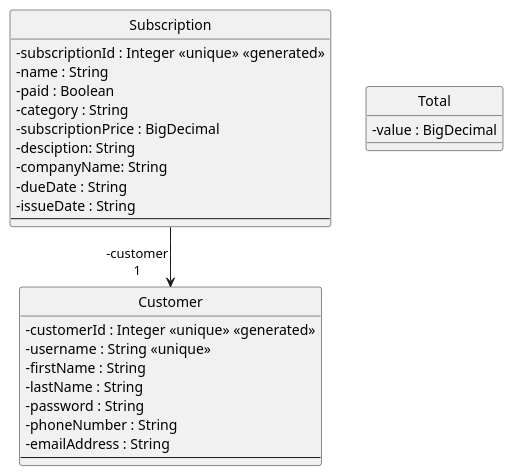
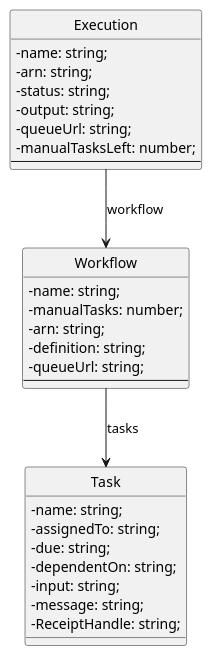
Before and after one commit to 62firelight/SubTrack: the diagram in diagrams/domainClassDiagram.puml, drawn with PlantUML. The commit also changed 2 other files, not shown here.

```diff
--- a/diagrams/domainClassDiagram.puml
+++ b/diagrams/domainClassDiagram.puml
@@ -1,57 +1,58 @@
 @startuml
 
 skinparam {
     Style strictuml
     RoundCorner 5
     ' use characters instead of icons for showing visibility
     ClassAttributeIconSize 0
     Database {
 	' the default border no longer matches the normal colours (bug?), so fix this
 	BorderColor #A80036
     }
     Sequence {
 	' make activations yellow too
 	LifeLineBackgroundColor #FDFDCD
 
 	' make stereotypes less ugly
 	Stereotype {
 		Font {
 			Size 11
 			Style plain
 		}
 	}
     }
 }
  
-class "Customer" as customer {
-    -customerId : Integer <<unique>> <<generated>>
-    -username : String <<unique>>
-    -firstName : String
-    -lastName : String
-    -password : String
-    -phoneNumber : String
-    -emailAddress : String
-    '-card_details? 
+class "Workflow" as workflow {
+    -name: string;
+    -manualTasks: number;
+    -arn: string;
+    -definition: string;
+    -queueUrl: string;
   --
 }
 
-class "Subscription" as sub {
-    -subscriptionId : Integer <<unique>> <<generated>>
-    -name : String
-    -paid : Boolean
-    -category : String
-    -subscriptionPrice : BigDecimal
-    -desciption: String
-    -companyName: String
-    -dueDate : String
-    -issueDate : String
+class "Execution" as execution {
+    -name: string;
+    -arn: string;
+    -status: string;
+    -output: string;
+    -queueUrl: string;
+    -manualTasksLeft: number;
   --
 }
 
-class "Total" as total {
-    -value : BigDecimal
+class "Task" as task {
+    -name: string;
+    -assignedTo: string;
+    -due: string;
+    -dependentOn: string;
+    -input: string;
+    -message: string;
+    -ReceiptHandle: string;
 }
 
-sub --> "-customer\n1" customer
+workflow --> task : tasks
+execution --> workflow : workflow
 
 @enduml
```
